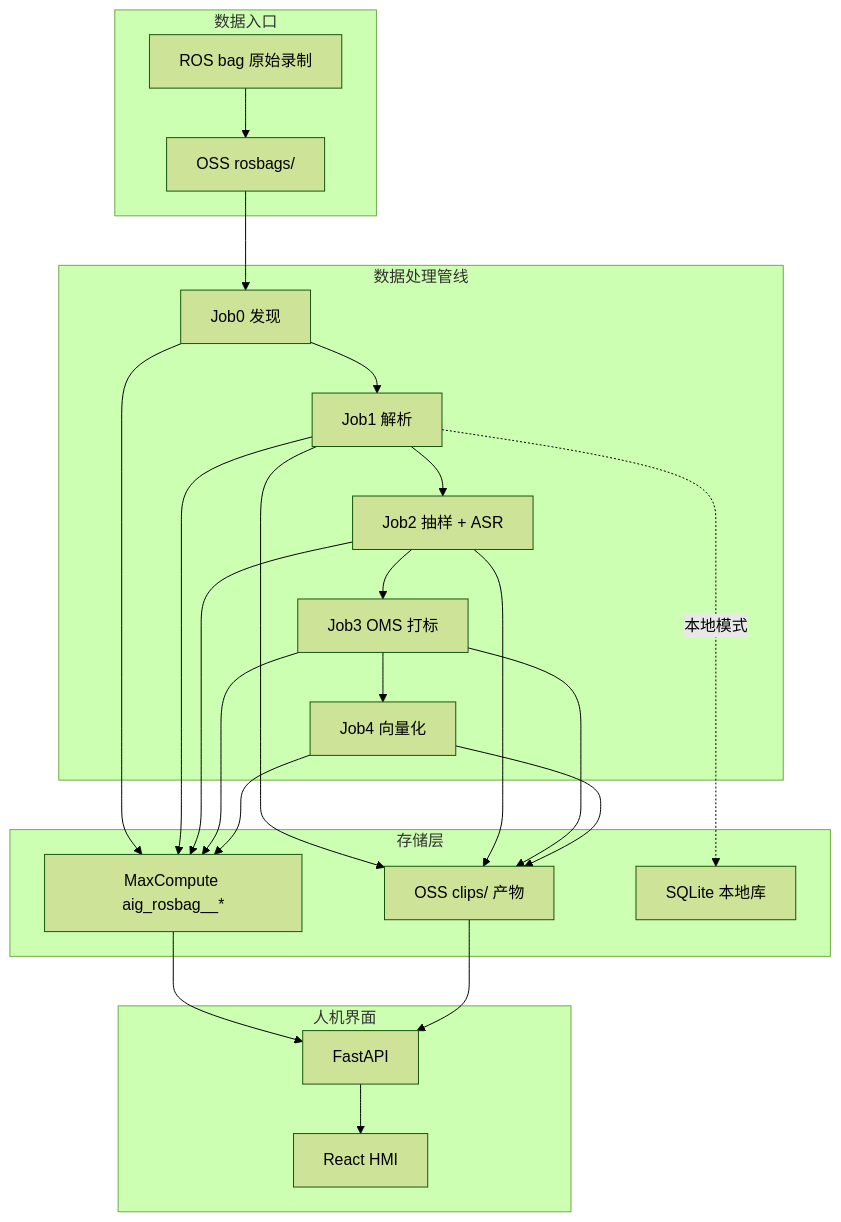
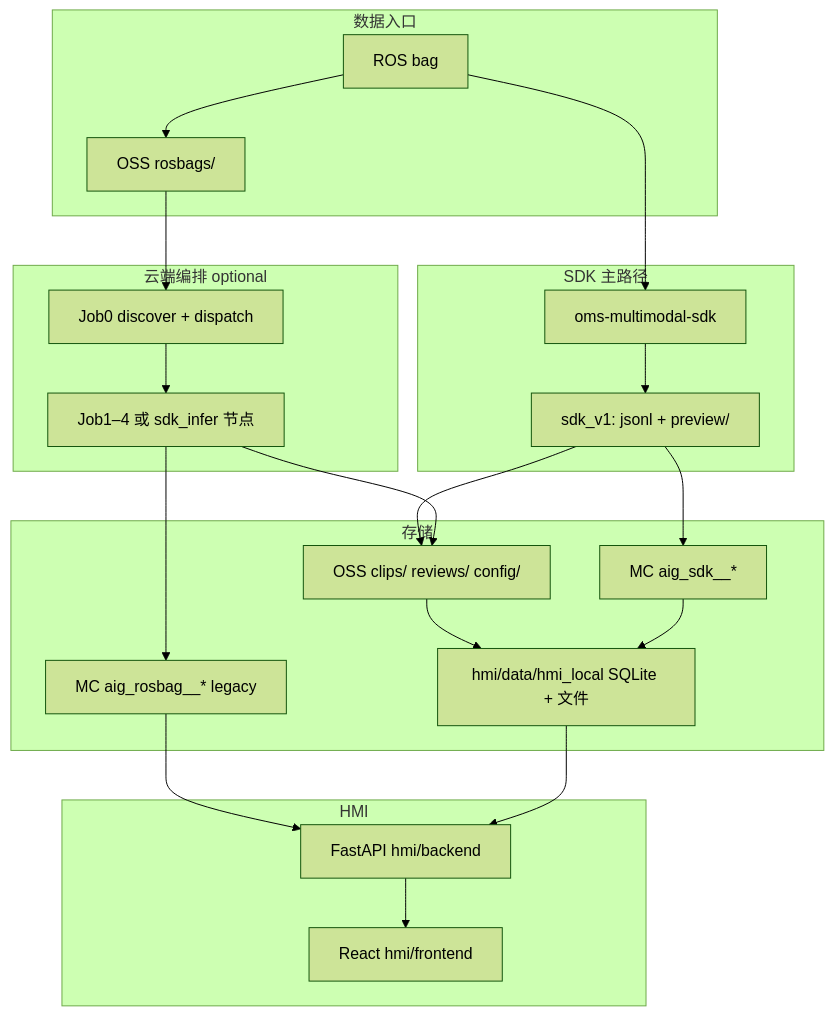
Before and after one commit to mjnn/Multimodal-Data-Generation-Management-Platform: the diagram in docs/WIKI.md, drawn with Mermaid (forest theme). The commit also changed other lines of this file and 187 other files, not shown here.

First line of the commit message:
Sync monorepo: HMI local pipeline, review assignments, auth, and ECS deploy.

````diff
--- a/docs/WIKI.md
+++ b/docs/WIKI.md
@@ -38,35 +82,42 @@
 ```mermaid
 flowchart TB
   subgraph ingest [数据入口]
-    BAG[ROS bag 原始录制]
+    BAG[ROS bag]
     OSS_BAG[OSS rosbags/]
   end
 
-  subgraph pipeline [数据处理管线]
-    J0[Job0 发现]
-    J1[Job1 解析]
-    J2[Job2 抽样 + ASR]
-    J3[Job3 OMS 打标]
-    J4[Job4 向量化]
+  subgraph sdk [SDK 主路径]
+    SDK[oms-multimodal-sdk]
+    SDK_OUT[sdk_v1: jsonl + preview/]
   end
 
-  subgraph storage [存储层]
-    OSS[OSS clips/ 产物]
-    MC[MaxCompute aig_rosbag__*]
-    SQLITE[SQLite 本地库]
+  subgraph cloud [云端编排 optional]
+    J0[Job0 discover + dispatch]
+    J1J4[Job1–4 或 sdk_infer 节点]
   end
 
-  subgraph hmi [人机界面]
-    FE[React HMI]
-    BE[FastAPI]
+  subgraph storage [存储]
+    OSS[OSS clips/ reviews/ config/]
+    MC_SDK[MC aig_sdk__*]
+    MC_LEG[MC aig_rosbag__* legacy]
+    LOCAL[hmi/data/hmi_local SQLite + 文件]
   end
 
+  subgraph hmi [HMI]
+    BE[FastAPI hmi/backend]
+    FE[React hmi/frontend]
+  end
+
+  BAG --> SDK
+  SDK --> SDK_OUT
+  SDK_OUT --> OSS
+  SDK_OUT --> MC_SDK
   BAG --> OSS_BAG
-  OSS_BAG --> J0
-  J0 --> J1 --> J2 --> J3 --> J4
-  J1 & J2 & J3 & J4 --> OSS
-  J0 & J1 & J2 & J3 & J4 --> MC
-  J1 -.本地模式.-> SQLITE
-  MC & OSS --> BE
-  BE --> FE
+  OSS_BAG --> J0 --> J1J4
+  J1J4 --> OSS
+  J1J4 --> MC_LEG
+  OSS --> LOCAL
+  MC_SDK --> LOCAL
+  MC_LEG --> BE
+  LOCAL --> BE --> FE
 ```
````
